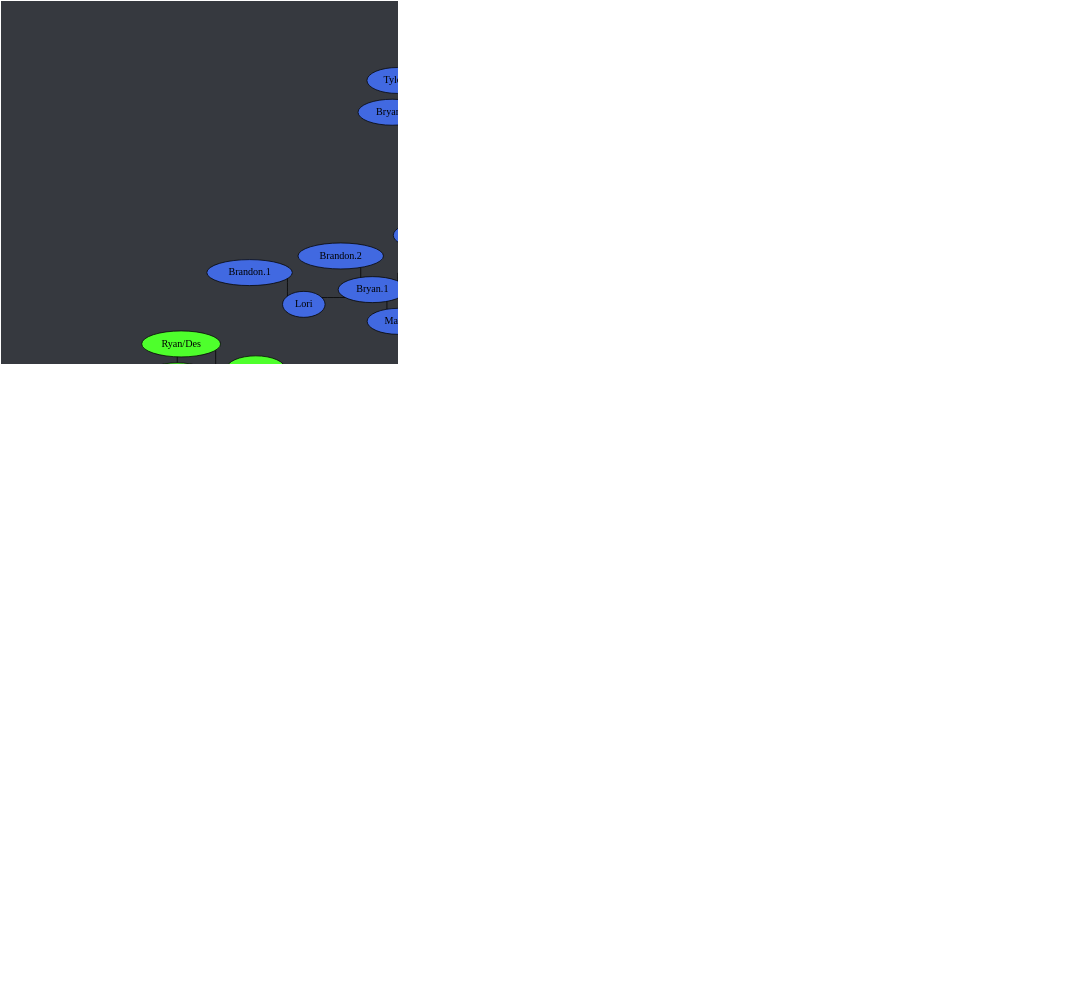
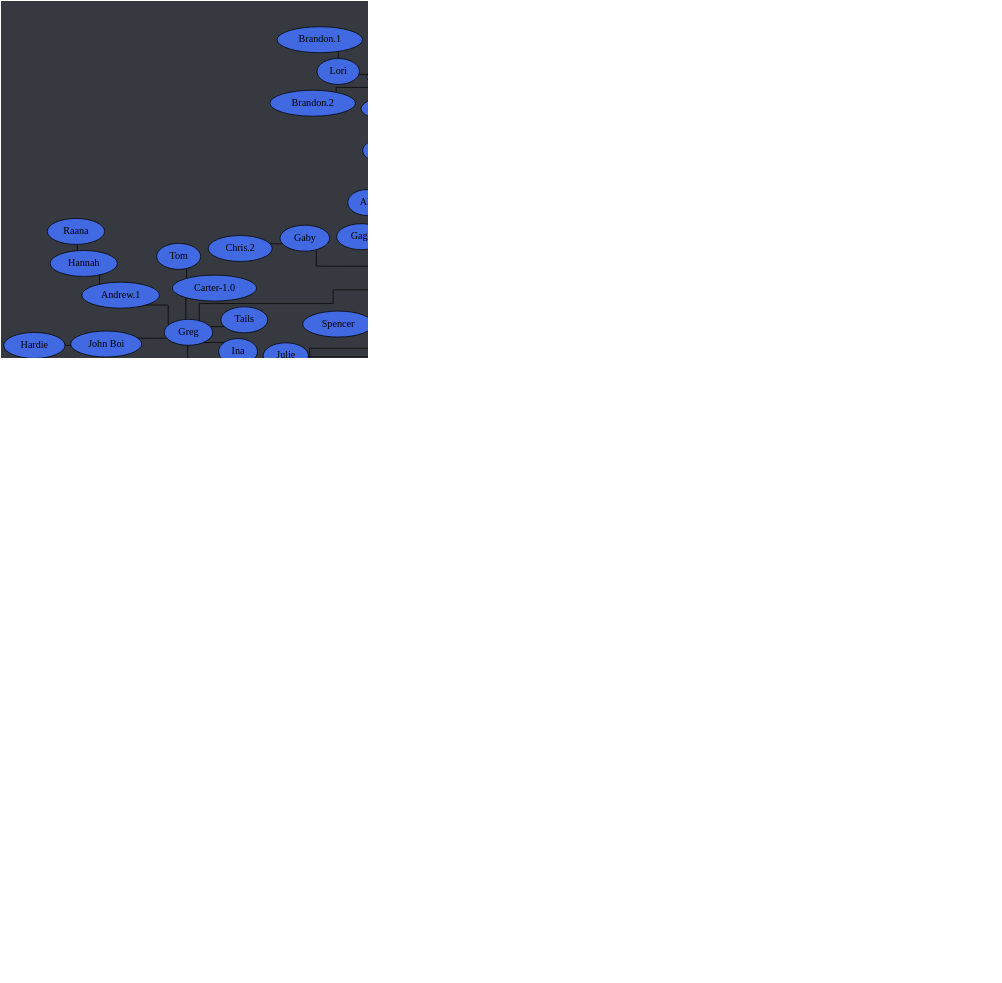
One commit to Documidas/CoronaCatzFamilyTree changed the diagram in tree.dot. Above: the diagram before and after it, drawn with Graphviz. The commit also changed 1 other file, not shown here.

Commit message:
Add Moon

```diff
--- a/tree.dot
+++ b/tree.dot
@@ -75,6 +75,7 @@
 		Donnie -- Eggie;
 		Donnie -- Hua;
 		Donnie -- Mimi;
+		Donnie -- Moon;
 		Donnie -- Rinni;
 		Donnie -- Troy;
 		Gaby -- "Chris.2";
```
